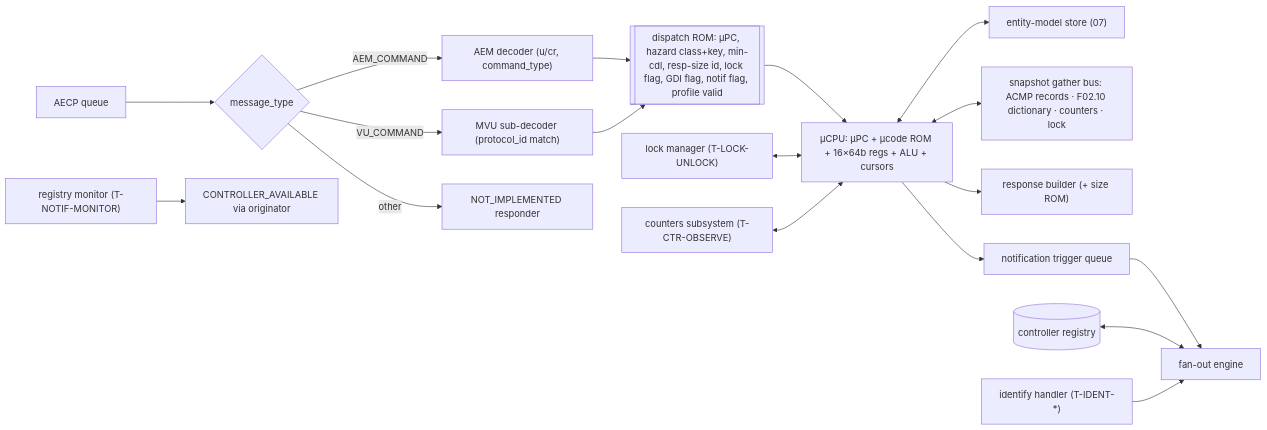
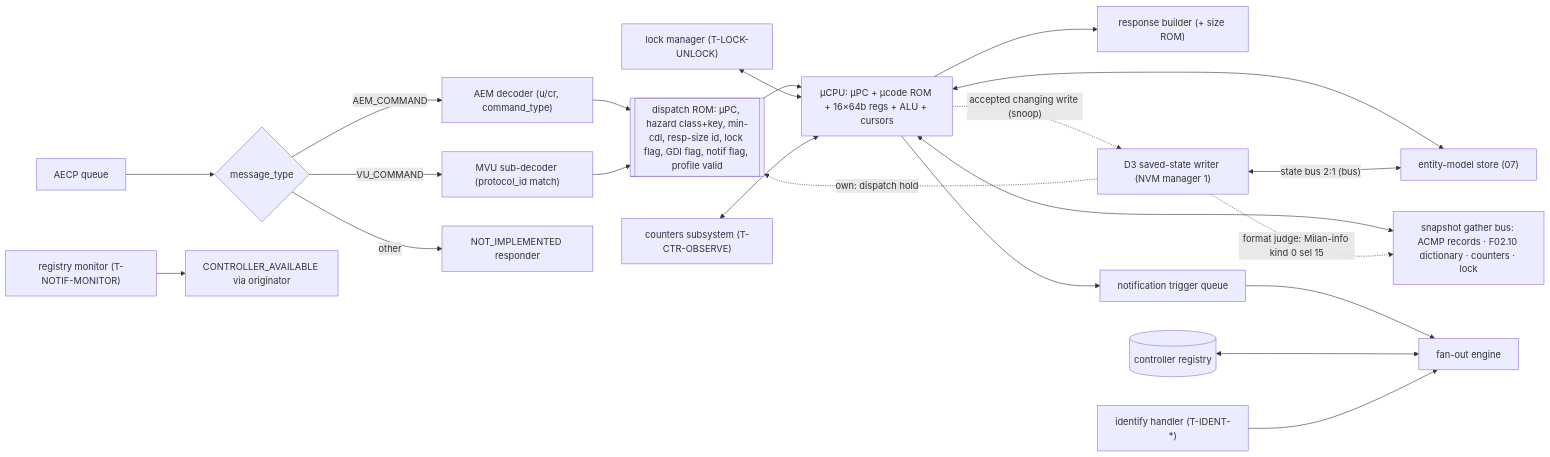
The first of 8 diagrams in docs/architecture/06_aecp_engine.md (Mister-M-alt/protocol-processor-control-plane-avb-milan), drawn with Mermaid before and after one commit. The commit also changed other lines of this file and 39 other files, not shown here.

Commit message:
Synchronize the section 15.2 contracts, guides, diagrams and suites with the D3 writer, and grade the volatile set and the DR3a spans

````diff
--- a/docs/architecture/06_aecp_engine.md
+++ b/docs/architecture/06_aecp_engine.md
@@ -97,20 +99,24 @@
 ```mermaid
 flowchart LR
   q["AECP queue"] --> demux{"message_type"}
   demux -- AEM_COMMAND --> aemdec["AEM decoder (u/cr, command_type)"]
   demux -- VU_COMMAND --> mvudec["MVU sub-decoder (protocol_id match)"]
   demux -- other --> ni["NOT_IMPLEMENTED responder"]
   aemdec --> disprom[["dispatch ROM: µPC, hazard class+key, min-cdl, resp-size id, lock flag, GDI flag, notif flag, profile valid"]]
   mvudec --> disprom
   disprom --> ucpu["µCPU: µPC + µcode ROM + 16×64b regs + ALU + cursors"]
   ucpu <--> model["entity-model store (07)"]
   ucpu <--> gather["snapshot gather bus: ACMP records · F02.10 dictionary · counters · lock"]
   ucpu --> rb["response builder (+ size ROM)"]
   ucpu --> notifq["notification trigger queue"]
   notifq --> fan["fan-out engine"]
   reg[("controller registry")] <--> fan
   mon["registry monitor (T-NOTIF-MONITOR)"] --> ca["CONTROLLER_AVAILABLE via originator"]
   lockm["lock manager (T-LOCK-UNLOCK)"] <--> ucpu
   ctrs["counters subsystem (T-CTR-OBSERVE)"] <--> ucpu
   idh["identify handler (T-IDENT-*)"] --> fan
+  d3["D3 saved-state writer (NVM manager 1)"] -. "own: dispatch hold" .-> disprom
+  d3 <-- "state bus 2:1 (bus)" --> model
+  ucpu -. "accepted changing write (snoop)" .-> d3
+  d3 -. "format judge: Milan-info kind 0 sel 15" .-> gather
 ```
````
